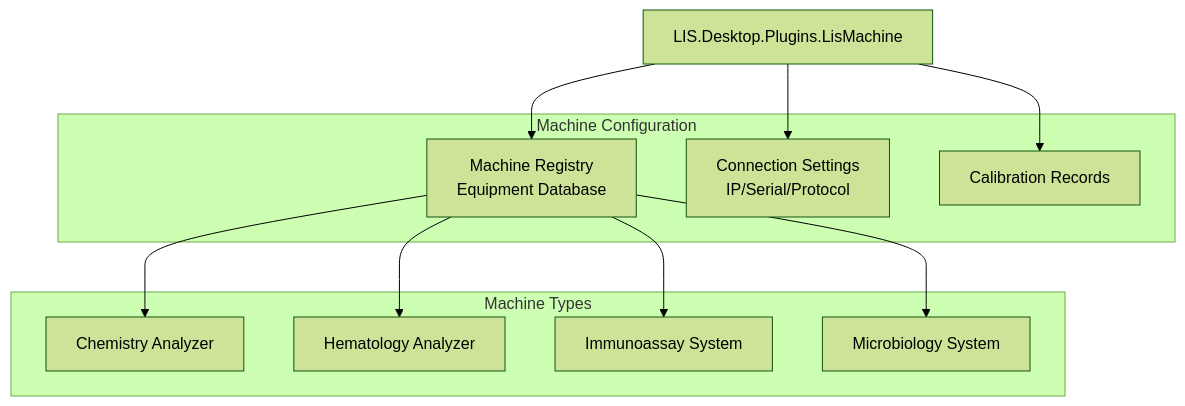
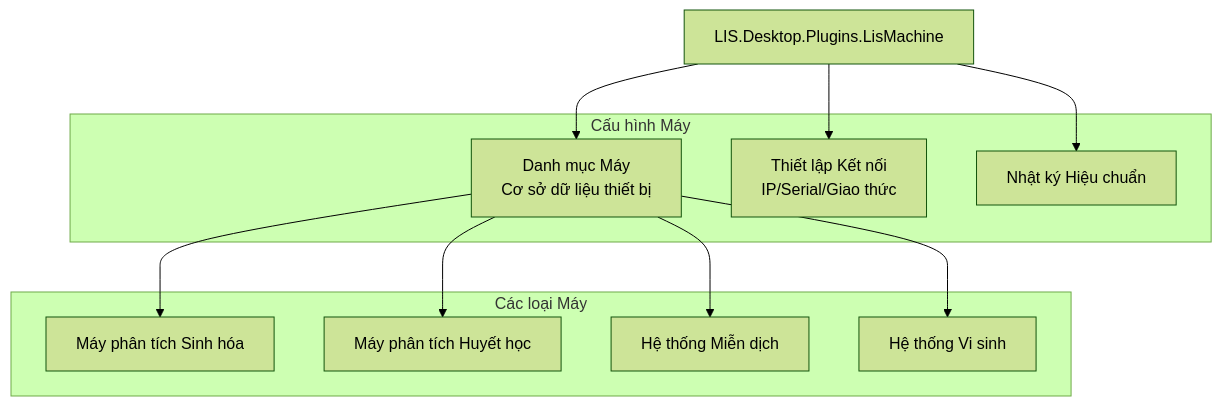
The third of 9 diagrams in docs/his-ba-documentation/03-business-domains/laboratory/lis-plugins.md (thangpnb/HIS), drawn with Mermaid (forest theme) before and after one commit. The commit also changed other lines of this file and 30 other files, not shown here.

Commit message:
Refactor architecture docs and update translations

````diff
--- a/docs/his-ba-documentation/03-business-domains/laboratory/lis-plugins.md
+++ b/docs/his-ba-documentation/03-business-domains/laboratory/lis-plugins.md
@@ -232,26 +232,26 @@
 ```mermaid
 graph TB
     LisMachinePlugin["LIS.Desktop.Plugins.LisMachine"]
     
-    subgraph "Machine Configuration"
-        MachineRegistry["Machine Registry<br/>Equipment Database"]
-        ConnectionConfig["Connection Settings<br/>IP/Serial/Protocol"]
-        CalibrationLog["Calibration Records"]
+    subgraph "Cấu hình Máy"
+        MachineRegistry["Danh mục Máy<br/>Cơ sở dữ liệu thiết bị"]
+        ConnectionConfig["Thiết lập Kết nối<br/>IP/Serial/Giao thức"]
+        CalibrationLog["Nhật ký Hiệu chuẩn"]
     end
     
-    subgraph "Machine Types"
-        Chemistry["Chemistry Analyzer"]
-        Hematology["Hematology Analyzer"]
-        Immunology["Immunoassay System"]
-        Microbiology["Microbiology System"]
+    subgraph "Các loại Máy"
+        Chemistry["Máy phân tích Sinh hóa"]
+        Hematology["Máy phân tích Huyết học"]
+        Immunology["Hệ thống Miễn dịch"]
+        Microbiology["Hệ thống Vi sinh"]
     end
     
     LisMachinePlugin --> MachineRegistry
     LisMachinePlugin --> ConnectionConfig
     LisMachinePlugin --> CalibrationLog
     
     MachineRegistry --> Chemistry
     MachineRegistry --> Hematology
     MachineRegistry --> Immunology
     MachineRegistry --> Microbiology
 ```
````
